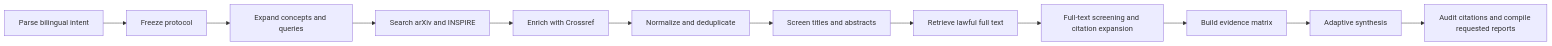
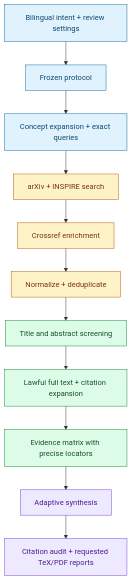
Before and after one commit to Enjoy20030921/survey-physics-literature: the diagram in README.md, drawn with Mermaid. The commit also changed other lines of this file and 1 other file, not shown here.

Commit message:
Polish bilingual documentation

````diff
--- a/README.md
+++ b/README.md
@@ -122,14 +170,22 @@
 ```mermaid
-flowchart LR
-    A[Parse bilingual intent] --> B[Freeze protocol]
-    B --> C[Expand concepts and queries]
-    C --> D[Search arXiv and INSPIRE]
-    D --> E[Enrich with Crossref]
-    E --> F[Normalize and deduplicate]
-    F --> G[Screen titles and abstracts]
-    G --> H[Retrieve lawful full text]
-    H --> I[Full-text screening and citation expansion]
-    I --> J[Build evidence matrix]
-    J --> K[Adaptive synthesis]
-    K --> L[Audit citations and compile requested reports]
+flowchart TD
+    A["Bilingual intent + review settings"] --> B["Frozen protocol"]
+    B --> C["Concept expansion + exact queries"]
+    C --> D["arXiv + INSPIRE search"]
+    D --> E["Crossref enrichment"]
+    E --> F["Normalize + deduplicate"]
+    F --> G["Title and abstract screening"]
+    G --> H["Lawful full text + citation expansion"]
+    H --> I["Evidence matrix with precise locators"]
+    I --> J["Adaptive synthesis"]
+    J --> K["Citation audit + requested TeX/PDF reports"]
+
+    classDef protocol fill:#e0f2fe,stroke:#0369a1,color:#0c4a6e;
+    classDef sources fill:#fef3c7,stroke:#b45309,color:#78350f;
+    classDef evidence fill:#dcfce7,stroke:#15803d,color:#14532d;
+    classDef output fill:#ede9fe,stroke:#7c3aed,color:#4c1d95;
+    class A,B,C protocol;
+    class D,E,F sources;
+    class G,H,I evidence;
+    class J,K output;
 ```
````
